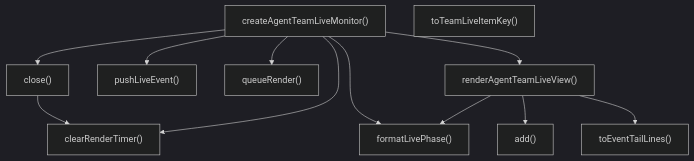
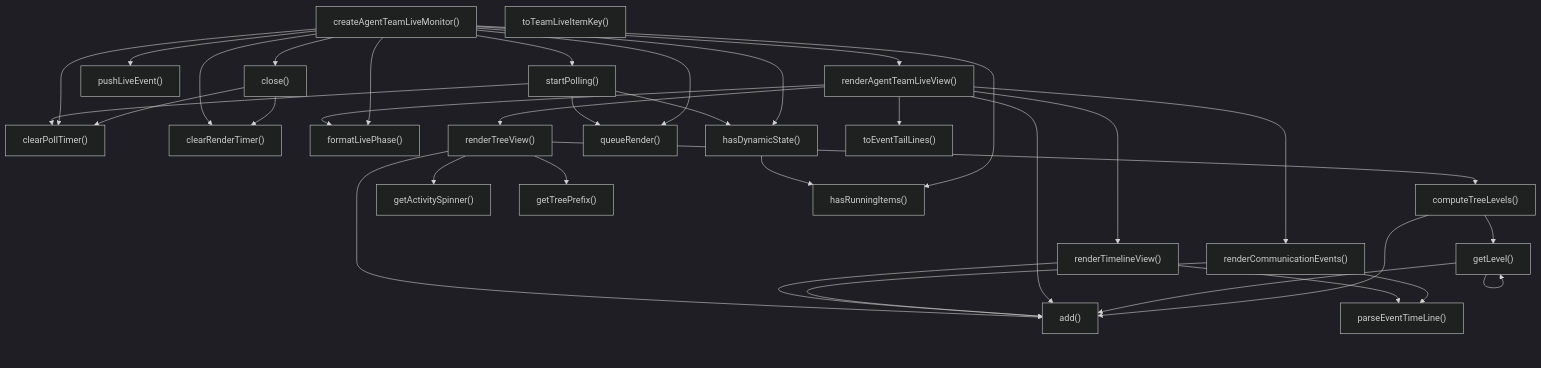
Before and after one commit to Mekann2904/mekann: the third of 4 diagrams in ABDD/.pi/extensions/agent-teams/live-monitor.md, drawn with Mermaid (dark theme). The commit also changed other lines of this file and 205 other files, not shown here.

````diff
--- a/ABDD/.pi/extensions/agent-teams/live-monitor.md
+++ b/ABDD/.pi/extensions/agent-teams/live-monitor.md
@@ -60,23 +80,59 @@
 ```mermaid
 flowchart TD
   add["add()"]
+  clearPollTimer["clearPollTimer()"]
   clearRenderTimer["clearRenderTimer()"]
   close["close()"]
+  computeTreeLevels["computeTreeLevels()"]
   createAgentTeamLiveMonitor["createAgentTeamLiveMonitor()"]
   formatLivePhase["formatLivePhase()"]
+  getActivitySpinner["getActivitySpinner()"]
+  getLevel["getLevel()"]
+  getTreePrefix["getTreePrefix()"]
+  hasDynamicState["hasDynamicState()"]
+  hasRunningItems["hasRunningItems()"]
+  parseEventTimeLine["parseEventTimeLine()"]
   pushLiveEvent["pushLiveEvent()"]
   queueRender["queueRender()"]
   renderAgentTeamLiveView["renderAgentTeamLiveView()"]
+  renderCommunicationEvents["renderCommunicationEvents()"]
+  renderTimelineView["renderTimelineView()"]
+  renderTreeView["renderTreeView()"]
+  startPolling["startPolling()"]
   toEventTailLines["toEventTailLines()"]
   toTeamLiveItemKey["toTeamLiveItemKey()"]
+  close --> clearPollTimer
   close --> clearRenderTimer
+  computeTreeLevels --> add
+  computeTreeLevels --> getLevel
+  createAgentTeamLiveMonitor --> clearPollTimer
   createAgentTeamLiveMonitor --> clearRenderTimer
   createAgentTeamLiveMonitor --> close
   createAgentTeamLiveMonitor --> formatLivePhase
+  createAgentTeamLiveMonitor --> hasDynamicState
+  createAgentTeamLiveMonitor --> hasRunningItems
   createAgentTeamLiveMonitor --> pushLiveEvent
   createAgentTeamLiveMonitor --> queueRender
   createAgentTeamLiveMonitor --> renderAgentTeamLiveView
+  createAgentTeamLiveMonitor --> startPolling
+  getLevel --> add
+  getLevel --> getLevel
+  hasDynamicState --> hasRunningItems
   renderAgentTeamLiveView --> add
   renderAgentTeamLiveView --> formatLivePhase
+  renderAgentTeamLiveView --> renderCommunicationEvents
+  renderAgentTeamLiveView --> renderTimelineView
+  renderAgentTeamLiveView --> renderTreeView
   renderAgentTeamLiveView --> toEventTailLines
+  renderCommunicationEvents --> add
+  renderCommunicationEvents --> parseEventTimeLine
+  renderTimelineView --> add
+  renderTimelineView --> parseEventTimeLine
+  renderTreeView --> add
+  renderTreeView --> computeTreeLevels
+  renderTreeView --> getActivitySpinner
+  renderTreeView --> getTreePrefix
+  startPolling --> clearPollTimer
+  startPolling --> hasDynamicState
+  startPolling --> queueRender
 ```
````
